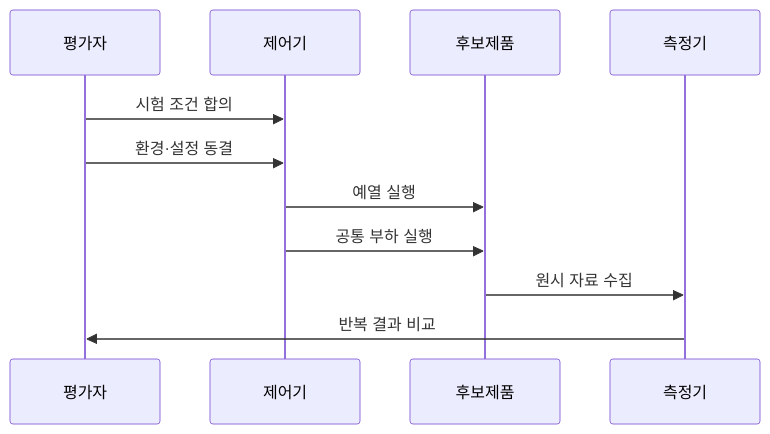
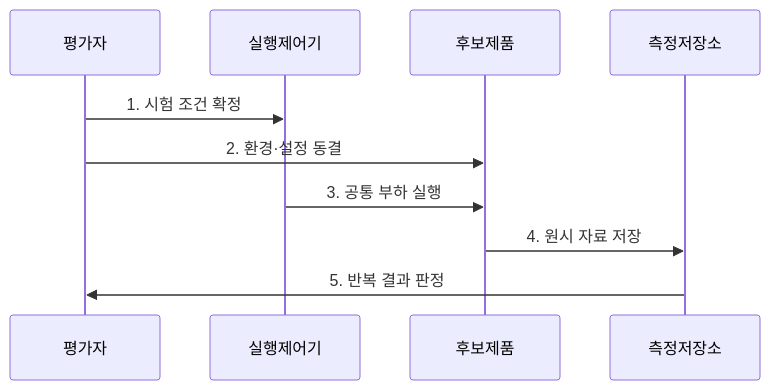
The second of 2 diagrams in src/content/docs/notes/03-software/225_benchmark_test.md (agnusdei1207/knowledge-base), drawn with Mermaid before and after one commit. The commit also changed other lines of this file and 20 other files, not shown here.

````diff
--- a/src/content/docs/notes/03-software/225_benchmark_test.md
+++ b/src/content/docs/notes/03-software/225_benchmark_test.md
@@ -77,13 +80,12 @@
 ```mermaid
 sequenceDiagram
     participant 평가자
-    participant 제어기
+    participant 실행제어기
     participant 후보제품
-    participant 측정기
-    평가자->>제어기: 시험 조건 합의
-    평가자->>제어기: 환경·설정 동결
-    제어기->>후보제품: 예열 실행
-    제어기->>후보제품: 공통 부하 실행
-    후보제품->>측정기: 원시 자료 수집
-    측정기->>평가자: 반복 결과 비교
+    participant 측정저장소
+    평가자->>실행제어기: 1. 시험 조건 확정
+    평가자->>후보제품: 2. 환경·설정 동결
+    실행제어기->>후보제품: 3. 공통 부하 실행
+    후보제품->>측정저장소: 4. 원시 자료 저장
+    측정저장소->>평가자: 5. 반복 결과 판정
 ```
````
